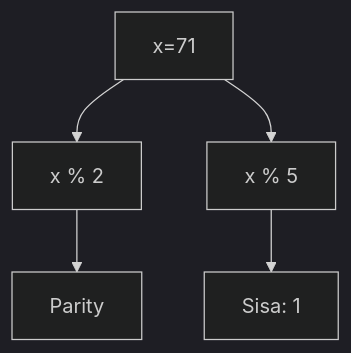
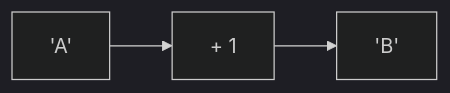
Before and after one commit to amnahwaida/OSNK_INF_PREP: the seventh of 25 diagrams in part-c-pemahaman-cpp/01-tipe-data/latihan/set-07.md, drawn with Mermaid (dark theme). The commit also changed other lines of this file and 71 other files, not shown here.

Commit message:
Fixed Mermaid syntax lexical errors with quoted labels in 1,800 questions

````diff
--- a/part-c-pemahaman-cpp/01-tipe-data/latihan/set-07.md
+++ b/part-c-pemahaman-cpp/01-tipe-data/latihan/set-07.md
@@ -238,7 +212,5 @@
 ```mermaid
-graph TD
-A[x=71] --> B[x % 2]
-B --> C[Parity]
-A --> D[x % 5]
-D --> E[Sisa: 1]
+graph LR
+A["'A'"] --> B["+ 1"]
+B --> C["'B'"]
 ```
````
